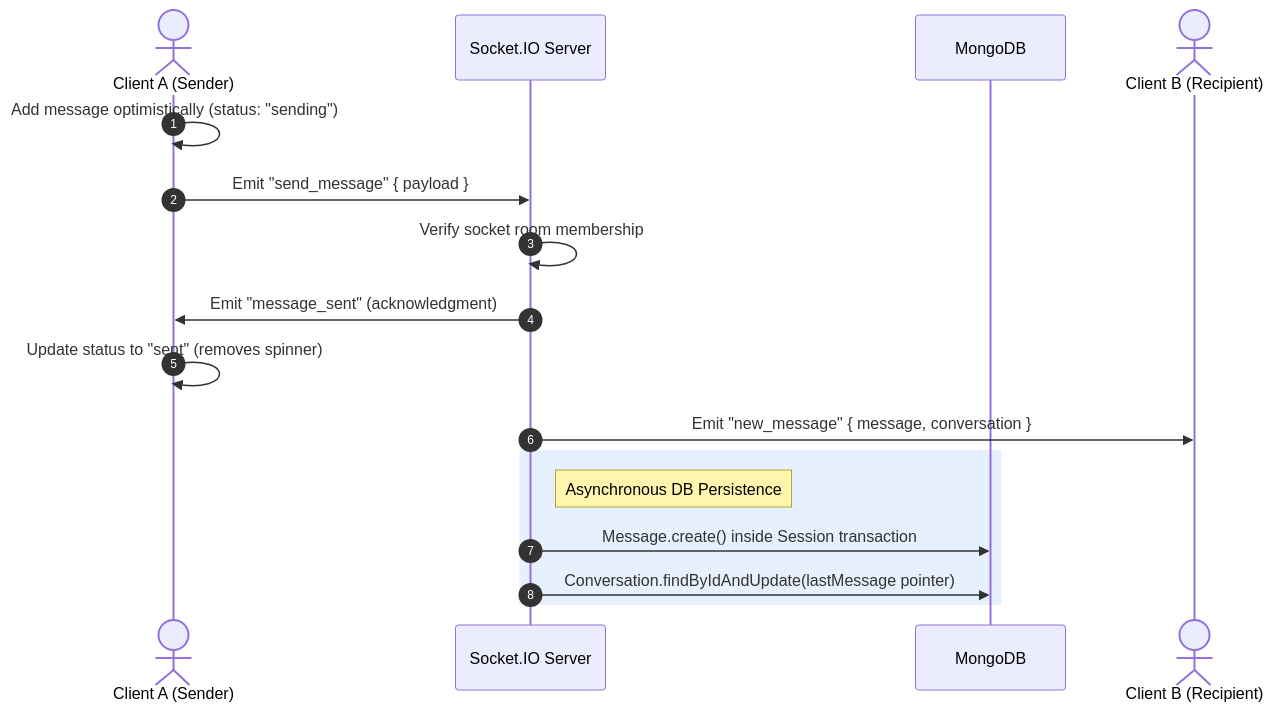
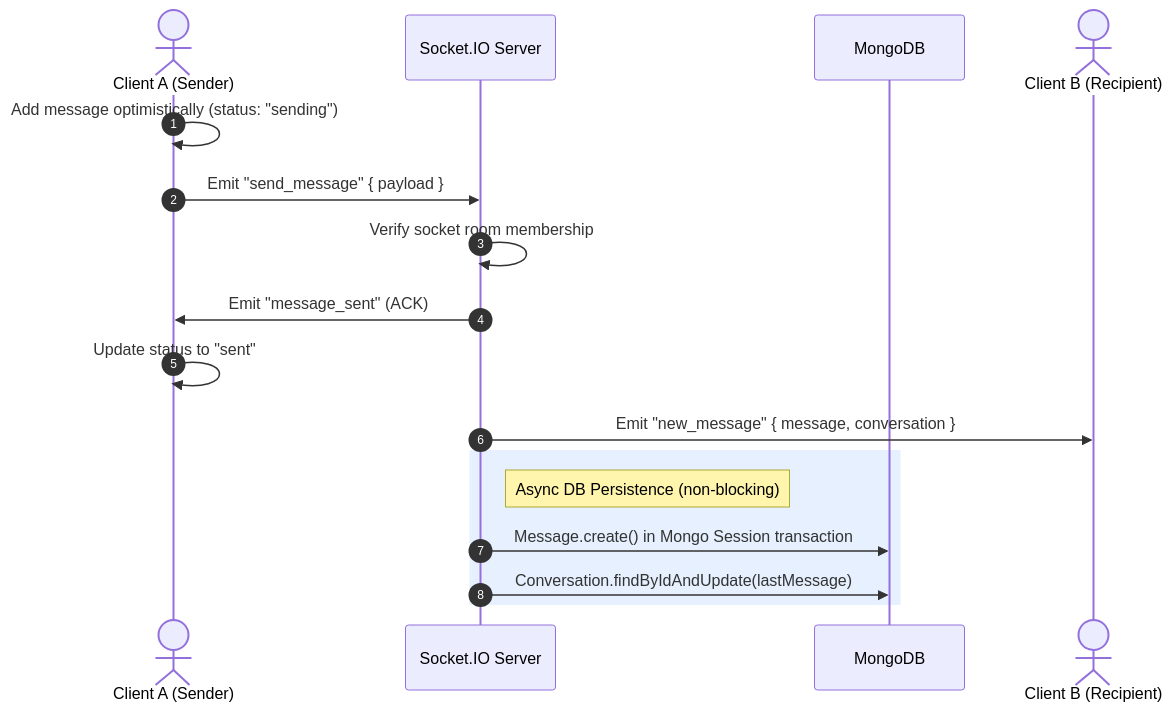
One commit to abhirawat03/Rynqor-chat-app changed the first of 4 diagrams in README.md. Above: the diagram before and after it, drawn with Mermaid. The commit also changed other lines of this file, not shown here.

````diff
--- a/README.md
+++ b/README.md
@@ -73,23 +115,21 @@
 ```mermaid
 sequenceDiagram
     autonumber
     actor ClientA as Client A (Sender)
     participant SocketServer as Socket.IO Server
     participant DB as MongoDB
     actor ClientB as Client B (Recipient)
 
     ClientA->>ClientA: Add message optimistically (status: "sending")
     ClientA->>SocketServer: Emit "send_message" { payload }
-    
     SocketServer->>SocketServer: Verify socket room membership
-    SocketServer->>ClientA: Emit "message_sent" (acknowledgment)
-    ClientA->>ClientA: Update status to "sent" (removes spinner)
-    
+    SocketServer->>ClientA: Emit "message_sent" (ACK)
+    ClientA->>ClientA: Update status to "sent"
     SocketServer->>ClientB: Emit "new_message" { message, conversation }
-    
+
     rect rgb(230, 240, 255)
-        note right of SocketServer: Asynchronous DB Persistence
-        SocketServer->>DB: Message.create() inside Session transaction
-        SocketServer->>DB: Conversation.findByIdAndUpdate(lastMessage pointer)
+        note right of SocketServer: Async DB Persistence (non-blocking)
+        SocketServer->>DB: Message.create() in Mongo Session transaction
+        SocketServer->>DB: Conversation.findByIdAndUpdate(lastMessage)
     end
 ```
````
